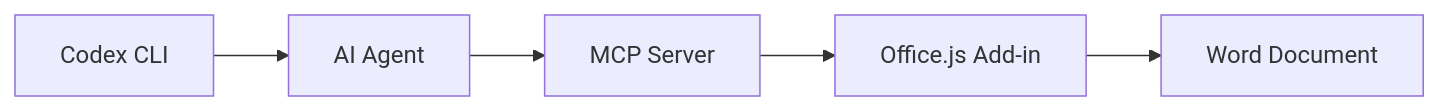
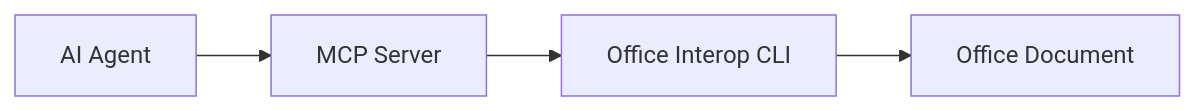
The diagram in SPEC.md (WangChengYeh/mcp_word), drawn with Mermaid before and after one commit. The commit also changed other lines of this file, not shown here.

````diff
--- a/SPEC.md
+++ b/SPEC.md
@@ -14,7 +13,6 @@
 ```mermaid
 flowchart LR
-  A[Codex CLI] --> B[AI Agent]
-  B --> C[MCP Server]
-  C --> D[Office.js Add-in]
-  D --> E[Word Document]
+  A[AI Agent] --> B[MCP Server]
+  B --> C[Office Interop CLI]
+  C --> D[Office Document]
 ```
````
